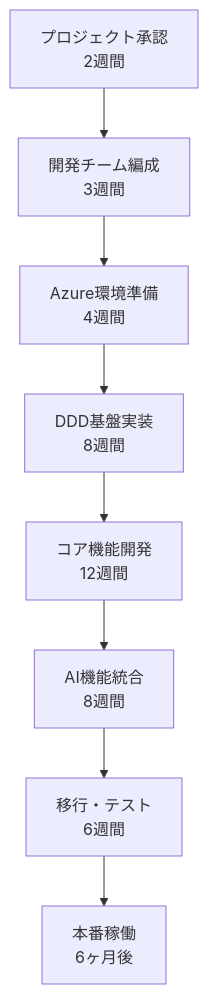
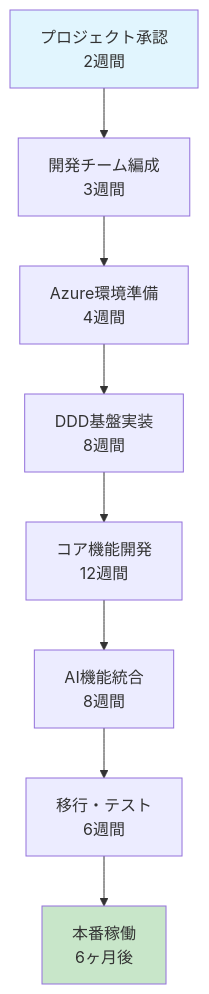
Before and after one commit to kohei3110/DDD-Hands-on-Lab: the third of 3 diagrams in workshop-part5-closing.md, drawn with Mermaid. The commit also changed other lines of this file, not shown here.

Commit message:
Refactor Part 5 content: update value-risk analysis chart, adjust project timelines, and enhance clarity on execution priorities

````diff
--- a/workshop-part5-closing.md
+++ b/workshop-part5-closing.md
@@ -235,10 +239,13 @@
 ```mermaid
-graph TB
+flowchart TD
     A[プロジェクト承認<br/>2週間] --> B[開発チーム編成<br/>3週間]
     B --> C[Azure環境準備<br/>4週間]
     C --> D[DDD基盤実装<br/>8週間]
     D --> E[コア機能開発<br/>12週間]
     E --> F[AI機能統合<br/>8週間]
     F --> G[移行・テスト<br/>6週間]
     G --> H[本番稼働<br/>6ヶ月後]
+    
+    style A fill:#e1f5fe
+    style H fill:#c8e6c9
 ```
````
